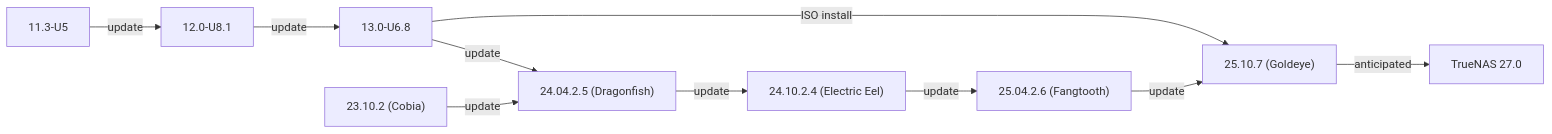
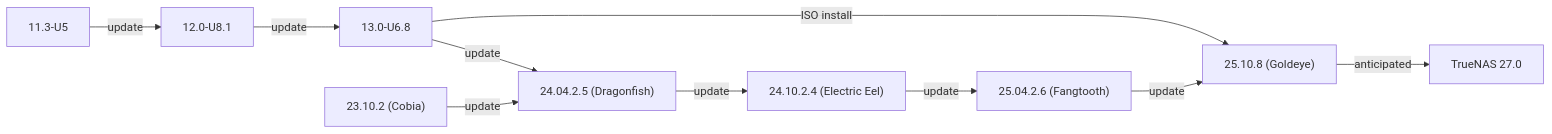
The second of 2 diagrams in static/includes/SCALEUpgradePaths.md (truenas/documentation), drawn with Mermaid before and after one commit. The commit also changed other lines of this file and 2 other files, not shown here.

Commit message:
DOCS-2780 / 28 / Docs 2780 25 10 8 follow up (#4892)
* Update scale-releases.yaml

* Update truenas-downloads.yaml

* Update SCALEUpgradePaths.md

* DOCS-2780 Set the 25.10.8 release date

```diff
--- a/static/includes/SCALEUpgradePaths.md
+++ b/static/includes/SCALEUpgradePaths.md
@@ -53,13 +53,13 @@
             {{< mermaid class="mermaid_sizing" >}}
             flowchart LR
               A["11.3-U5"] -->|update| B
               B["12.0-U8.1"] -->|update| C
               C["13.0-U6.8"] -->|ISO install| H
               C -->|update| E
               D["23.10.2 (Cobia)"] -->|update| E
               E["24.04.2.5 (Dragonfish)"]  -->|update| F
               F["24.10.2.4 (Electric Eel)"] -->|update| G
               G["25.04.2.6 (Fangtooth)"] -->|update| H
-              H["25.10.7 (Goldeye)"] -->|"anticipated"| I
+              H["25.10.8 (Goldeye)"] -->|"anticipated"| I
               I["TrueNAS 27.0"]
             {{< /mermaid >}}
```
